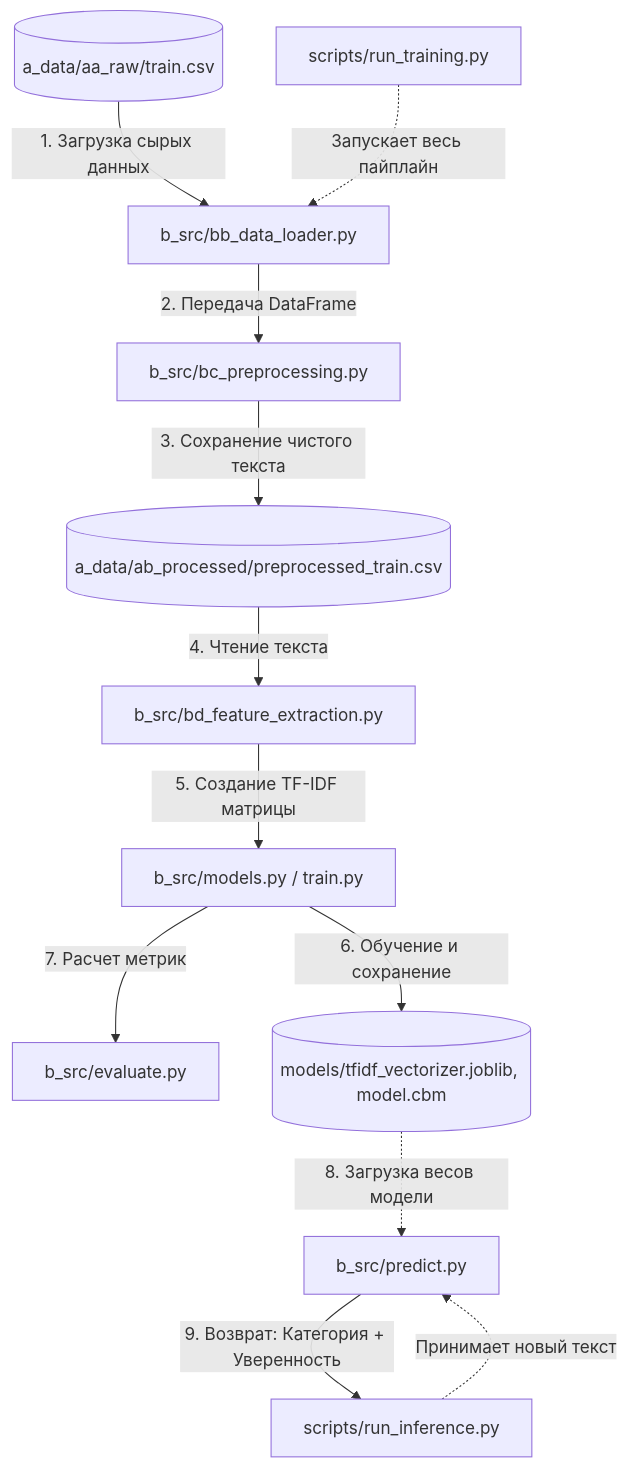
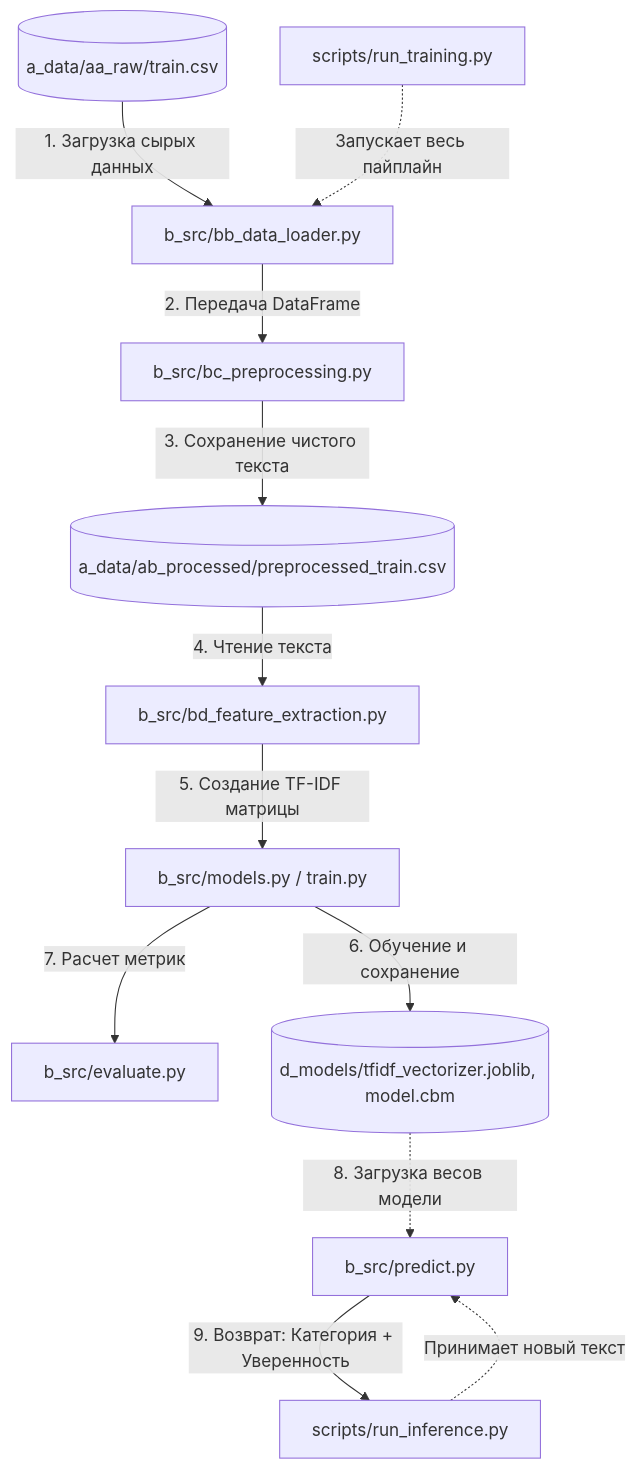
The diagram in README.md (VVN8819/nlp_tfidf_logreg_catboost), drawn with Mermaid before and after one commit. The commit also changed 3 other files, not shown here.

Commit message:
features: TF-IDF vectorizer model saved

````diff
--- a/README.md
+++ b/README.md
@@ -103,34 +103,34 @@
 ```mermaid
 graph TD
     %% Узлы: Данные
     RawData[("a_data/aa_raw/train.csv")]
     ProcessedData[("a_data/ab_processed/preprocessed_train.csv")]
 
     %% Узлы: Исходный код (src)
     DataLoader["b_src/bb_data_loader.py"]
     Preprocessing["b_src/bc_preprocessing.py"]
     FeatureExtraction["b_src/bd_feature_extraction.py"]
     ModelsTrain["b_src/models.py / train.py"]
     Evaluate["b_src/evaluate.py"]
     Predict["b_src/predict.py"]
 
     %% Узлы: Артефакты и Скрипты
-    SavedModels[("models/tfidf_vectorizer.joblib, model.cbm")]
+    SavedModels[("d_models/tfidf_vectorizer.joblib, model.cbm")]
     RunTrain["scripts/run_training.py"]
     RunInference["scripts/run_inference.py"]
 
     %% Поток данных обучения
     RawData -->|1. Загрузка сырых данных| DataLoader
     DataLoader -->|2. Передача DataFrame| Preprocessing
     Preprocessing -->|3. Сохранение чистого текста| ProcessedData
     ProcessedData -->|4. Чтение текста| FeatureExtraction
     FeatureExtraction -->|5. Создание TF-IDF матрицы| ModelsTrain
     ModelsTrain -->|6. Обучение и сохранение| SavedModels
     ModelsTrain -->|7. Расчет метрик| Evaluate
 
     %% Поток инференса
     RunTrain -.->|Запускает весь пайплайн| DataLoader
     RunInference -.->|Принимает новый текст| Predict
     SavedModels -.->|8. Загрузка весов модели| Predict
     Predict -->|9. Возврат: Категория + Уверенность| RunInference
 ```
````
